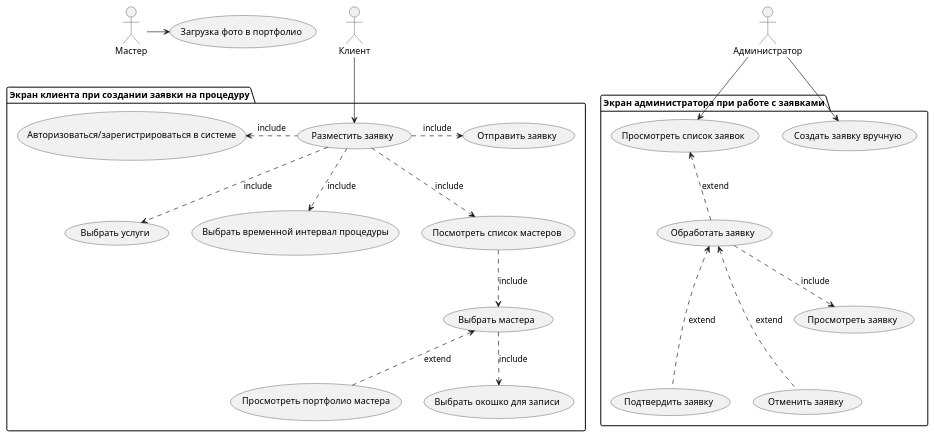
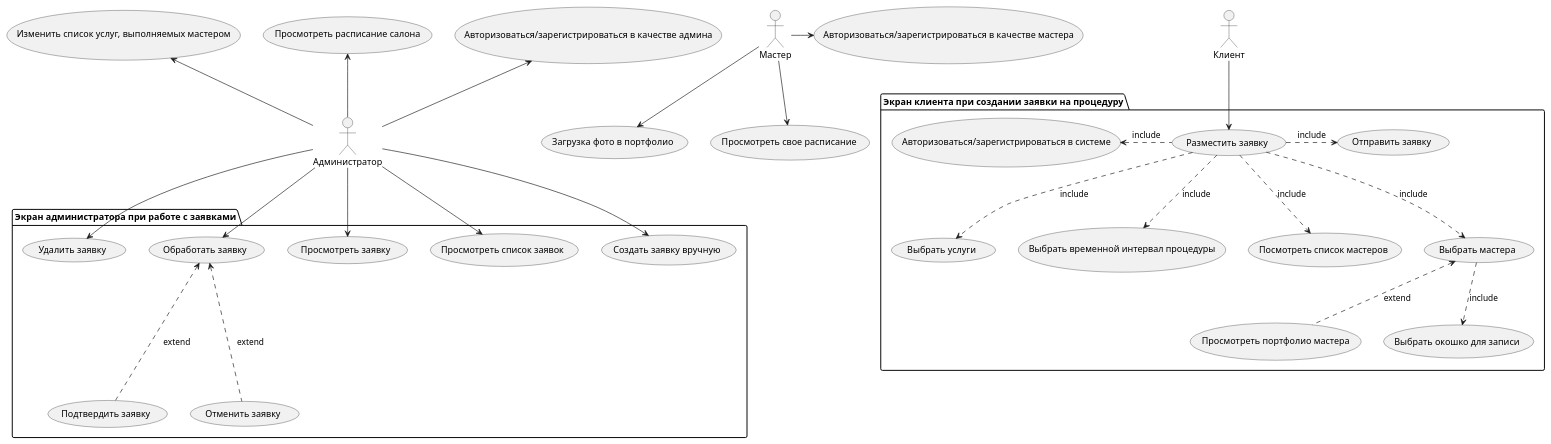
Before and after one commit to LyubovGorelik/AdminHelper: the diagram in my-website/docs/UML/usecase.md, drawn with PlantUML. The commit also changed 9 other files, not shown here.

```diff
--- a/my-website/docs/UML/usecase.md
+++ b/my-website/docs/UML/usecase.md
@@ -52,9 +52,25 @@
 
 usecase "Создать заявку вручную" as  UC18
 
+usecase "Удалить заявку" as UC24
+
 }
 
-m -right-> UC4
+usecase "Авторизоваться/зарегистрироваться в качестве админа" as UC19
+
+usecase "Авторизоваться/зарегистрироваться в качестве мастера" as UC20
+
+usecase "Просмотреть свое расписание" as UC21
+
+usecase "Просмотреть расписание салона" as UC22
+
+usecase "Изменить список услуг, выполняемых мастером" as UC23
+
+m --> UC4
+
+m -right-> UC20
+
+m --> UC21
 
 cl --> UC12
 
@@ -68,7 +84,7 @@
 
 UC12 ..> UC14: include
 
-UC14 ..> UC6: include
+UC12 ..> UC6: include
 
 UC12 ..> UC7: include
 
@@ -76,15 +92,23 @@
 
 ad --> UC17
 
-UC17 <.. UC15: extend
+ad --> UC16
+
+ad --> UC15
 
 UC15 <... UC9: extend
 
 UC15 <... UC10: extend
 
-UC15 ..> UC16: include
+ad --> UC18
 
-ad --> UC18
+ad -up-> UC19
+
+ad -up-> UC22
+
+ad-up-> UC23
+
+ad -right--> UC24
 
 @enduml
 
```
